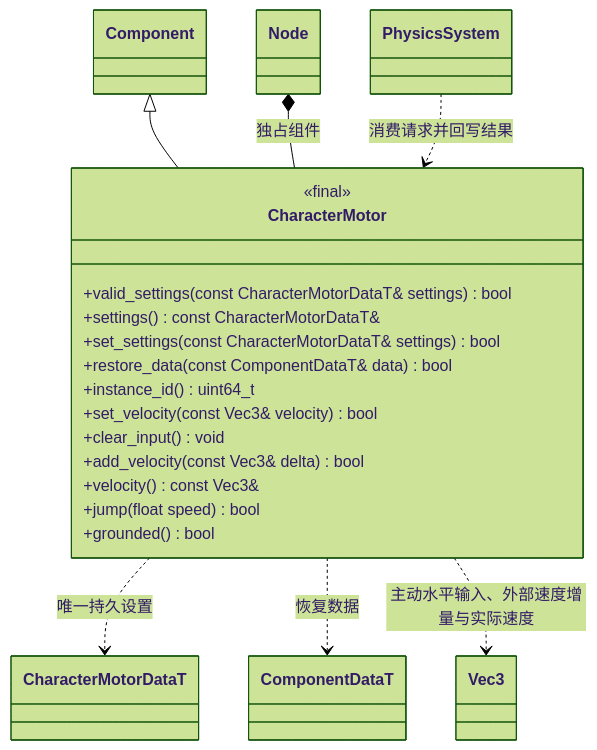
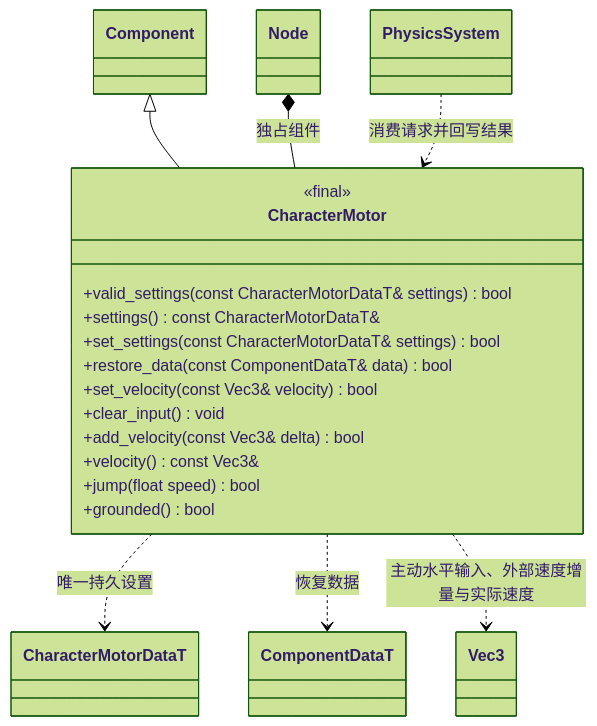
Before and after one commit to lcals/Engine: the diagram in docs/runtime/class-diagrams/character-motor.md, drawn with Mermaid (forest theme). The commit also changed 195 other files, not shown here.

````diff
--- a/docs/runtime/class-diagrams/character-motor.md
+++ b/docs/runtime/class-diagrams/character-motor.md
@@ -5,29 +5,28 @@
 ```mermaid
 classDiagram
     class CharacterMotor {
         <<final>>
         +valid_settings(const CharacterMotorDataT& settings) bool
         +settings() const CharacterMotorDataT&
         +set_settings(const CharacterMotorDataT& settings) bool
         +restore_data(const ComponentDataT& data) bool
-        +instance_id() uint64_t
         +set_velocity(const Vec3& velocity) bool
         +clear_input() void
         +add_velocity(const Vec3& delta) bool
         +velocity() const Vec3&
         +jump(float speed) bool
         +grounded() bool
     }
     class Component
     class Node
     class CharacterMotorDataT
     class ComponentDataT
     class Vec3
     class PhysicsSystem
     Component <|-- CharacterMotor
     Node *-- CharacterMotor : 独占组件
     CharacterMotor ..> CharacterMotorDataT : 唯一持久设置
     CharacterMotor ..> ComponentDataT : 恢复数据
     CharacterMotor ..> Vec3 : 主动水平输入、外部速度增量与实际速度
     PhysicsSystem ..> CharacterMotor : 消费请求并回写结果
 ```
````
